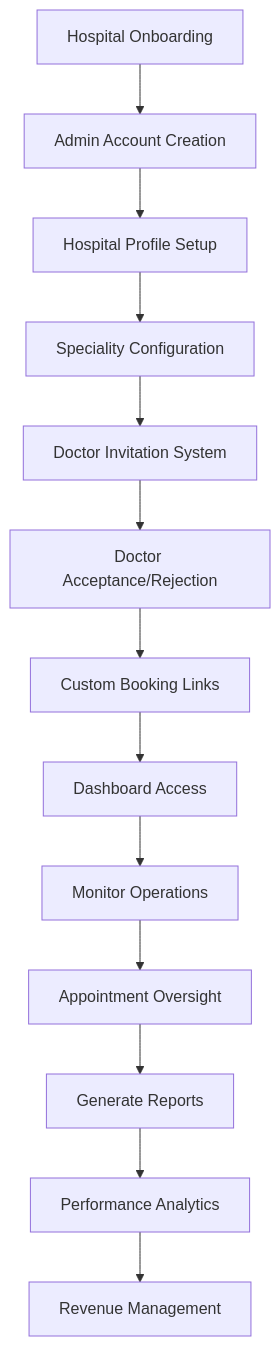
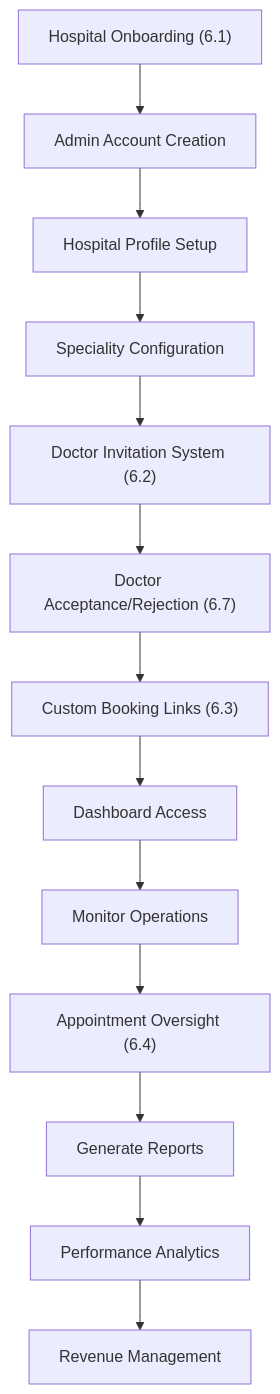
Before and after one commit to noumanjavaid96/Mediverse: the fourth of 6 diagrams in Document Presented.md, drawn with Mermaid. The commit also changed other lines of this file, not shown here.

````diff
--- a/Document Presented.md
+++ b/Document Presented.md
@@ -302,15 +302,15 @@
 ```mermaid
 flowchart TD
-    A[Hospital Onboarding] --> B[Admin Account Creation]
+    A["Hospital Onboarding (6.1)"] --> B[Admin Account Creation]
     B --> C[Hospital Profile Setup]
     C --> D[Speciality Configuration]
-    D --> E[Doctor Invitation System]
-    E --> F[Doctor Acceptance/Rejection]
-    F --> G[Custom Booking Links]
+    D --> E["Doctor Invitation System (6.2)"]
+    E --> F["Doctor Acceptance/Rejection (6.7)"]
+    F --> G["Custom Booking Links (6.3)"]
     G --> H[Dashboard Access]
     H --> I[Monitor Operations]
-    I --> J[Appointment Oversight]
-    J --> K[Generate Reports]
+    I --> J["Appointment Oversight (6.4)"]
+    J --> K["Generate Reports"]
     K --> L[Performance Analytics]
     L --> M[Revenue Management]
 ```
````
